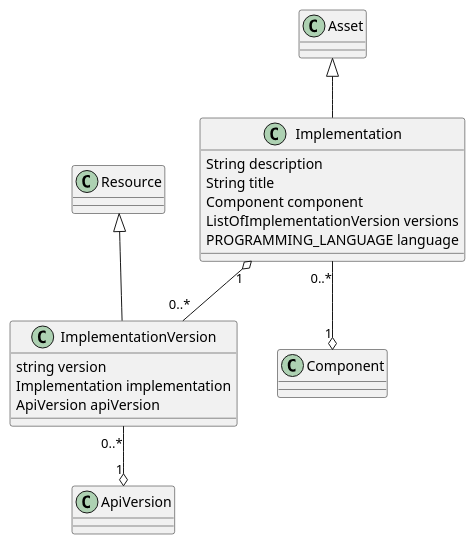
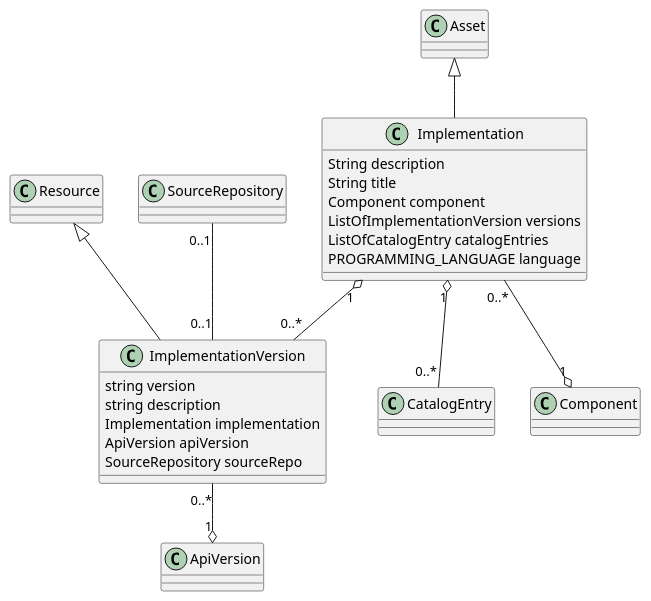
One commit to kathra-project/specifications changed the diagram in Use cases/Implementation/model.puml. Above: the diagram before and after it, drawn with PlantUML. The commit also changed 26 other files, not shown here.

```diff
--- a/Use cases/Implementation/model.puml
+++ b/Use cases/Implementation/model.puml
@@ -1,22 +1,27 @@
 @startuml
 
 Asset <|-- Implementation
 class  Implementation {
   String description
   String title
   Component component
   ListOfImplementationVersion versions
+  ListOfCatalogEntry catalogEntries
   PROGRAMMING_LANGUAGE language
 }
 Implementation "1" o-- "0..*" ImplementationVersion
+Implementation "1" o-- "0..*" CatalogEntry
 
 class  ImplementationVersion {
   string version
+  string description
   Implementation implementation
   ApiVersion apiVersion
+  SourceRepository sourceRepo
 }
 Resource <|-- ImplementationVersion
 
+SourceRepository  "0..1" -- "0..1" ImplementationVersion
 ImplementationVersion  "0..*" --o "1" ApiVersion
 Implementation  "0..*" --o "1"  Component
 @enduml
```
